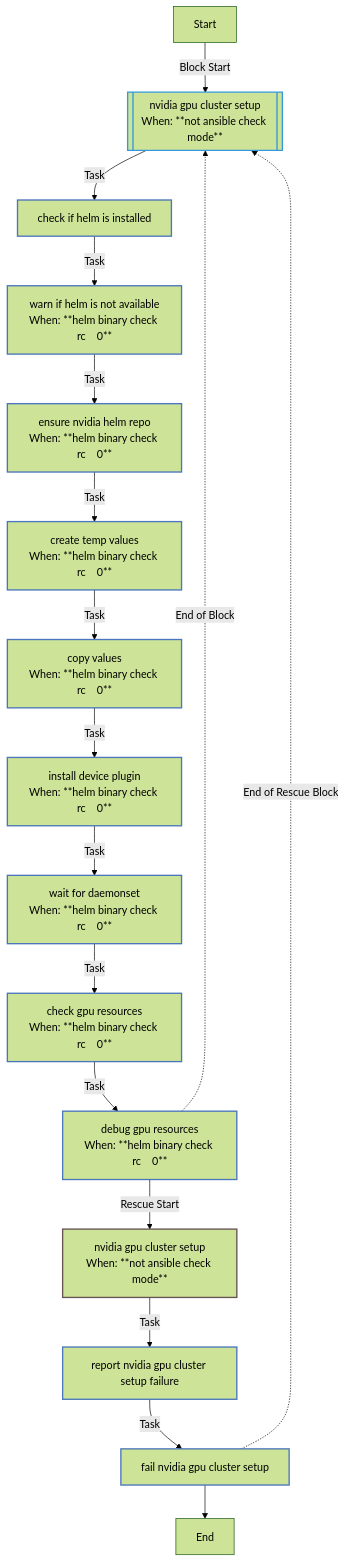
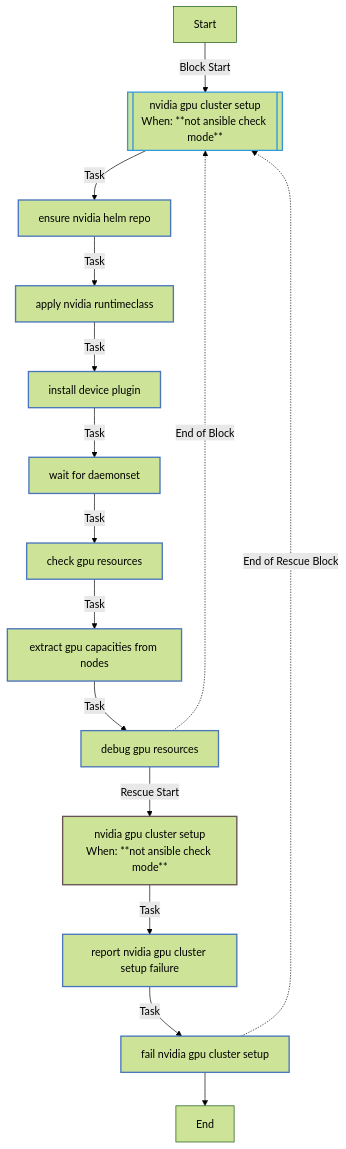
The first of 3 diagrams in roles/nvidia_gpu/README.md (rou-cru/k3s-homelab), drawn with Mermaid (forest theme) before and after one commit. The commit also changed other lines of this file and 277 other files, not shown here.

````diff
--- a/roles/nvidia_gpu/README.md
+++ b/roles/nvidia_gpu/README.md
@@ -269,29 +230,27 @@
 ```mermaid
 flowchart TD
 Start
 classDef block stroke:#3498db,stroke-width:2px;
 classDef task stroke:#4b76bb,stroke-width:2px;
 classDef includeTasks stroke:#16a085,stroke-width:2px;
 classDef importTasks stroke:#34495e,stroke-width:2px;
 classDef includeRole stroke:#2980b9,stroke-width:2px;
 classDef importRole stroke:#699ba7,stroke-width:2px;
 classDef includeVars stroke:#8e44ad,stroke-width:2px;
 classDef rescue stroke:#665352,stroke-width:2px;
 
   Start-->|Block Start| NVIDIA_GPU_cluster_setup0_block_start_0[[nvidia gpu cluster setup<br>When: **not ansible check mode**]]:::block
-  NVIDIA_GPU_cluster_setup0_block_start_0-->|Task| Check_if_Helm_is_installed0[check if helm is installed]:::task
-  Check_if_Helm_is_installed0-->|Task| Warn_if_Helm_is_not_available1[warn if helm is not available<br>When: **helm binary check rc    0**]:::task
-  Warn_if_Helm_is_not_available1-->|Task| Ensure_NVIDIA_Helm_repo2[ensure nvidia helm repo<br>When: **helm binary check rc    0**]:::task
-  Ensure_NVIDIA_Helm_repo2-->|Task| Create_temp_values3[create temp values<br>When: **helm binary check rc    0**]:::task
-  Create_temp_values3-->|Task| Copy_values4[copy values<br>When: **helm binary check rc    0**]:::task
-  Copy_values4-->|Task| Install_device_plugin5[install device plugin<br>When: **helm binary check rc    0**]:::task
-  Install_device_plugin5-->|Task| Wait_for_daemonset6[wait for daemonset<br>When: **helm binary check rc    0**]:::task
-  Wait_for_daemonset6-->|Task| Check_GPU_resources7[check gpu resources<br>When: **helm binary check rc    0**]:::task
-  Check_GPU_resources7-->|Task| Debug_GPU_resources8[debug gpu resources<br>When: **helm binary check rc    0**]:::task
-  Debug_GPU_resources8-.->|End of Block| NVIDIA_GPU_cluster_setup0_block_start_0
-  Debug_GPU_resources8-->|Rescue Start| NVIDIA_GPU_cluster_setup0_rescue_start_0[nvidia gpu cluster setup<br>When: **not ansible check mode**]:::rescue
+  NVIDIA_GPU_cluster_setup0_block_start_0-->|Task| Ensure_NVIDIA_Helm_repo0[ensure nvidia helm repo]:::task
+  Ensure_NVIDIA_Helm_repo0-->|Task| Apply_NVIDIA_RuntimeClass1[apply nvidia runtimeclass]:::task
+  Apply_NVIDIA_RuntimeClass1-->|Task| Install_device_plugin2[install device plugin]:::task
+  Install_device_plugin2-->|Task| Wait_for_daemonset3[wait for daemonset]:::task
+  Wait_for_daemonset3-->|Task| Check_GPU_resources4[check gpu resources]:::task
+  Check_GPU_resources4-->|Task| Extract_GPU_capacities_from_nodes5[extract gpu capacities from nodes]:::task
+  Extract_GPU_capacities_from_nodes5-->|Task| Debug_GPU_resources6[debug gpu resources]:::task
+  Debug_GPU_resources6-.->|End of Block| NVIDIA_GPU_cluster_setup0_block_start_0
+  Debug_GPU_resources6-->|Rescue Start| NVIDIA_GPU_cluster_setup0_rescue_start_0[nvidia gpu cluster setup<br>When: **not ansible check mode**]:::rescue
   NVIDIA_GPU_cluster_setup0_rescue_start_0-->|Task| Report_NVIDIA_GPU_cluster_setup_failure0[report nvidia gpu cluster setup failure]:::task
   Report_NVIDIA_GPU_cluster_setup_failure0-->|Task| Fail_NVIDIA_GPU_cluster_setup1[fail nvidia gpu cluster setup]:::task
   Fail_NVIDIA_GPU_cluster_setup1-.->|End of Rescue Block| NVIDIA_GPU_cluster_setup0_block_start_0
   Fail_NVIDIA_GPU_cluster_setup1-->End
 ```
````
